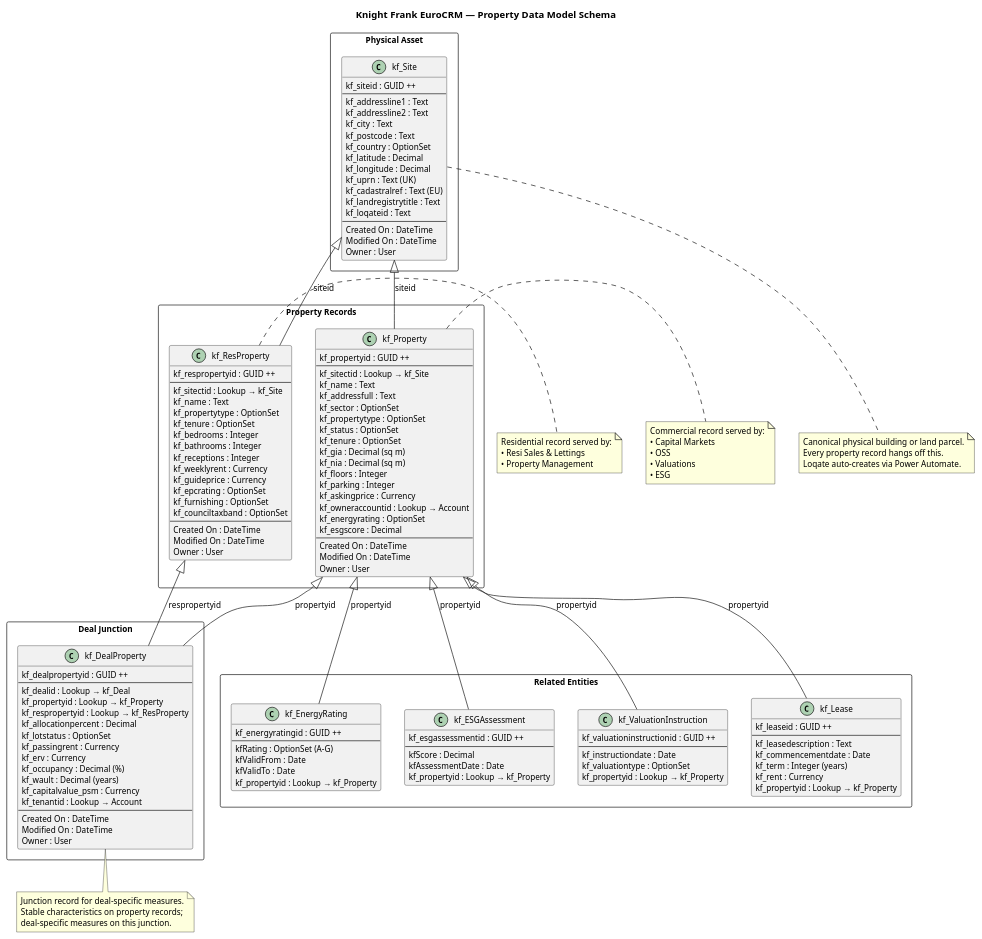
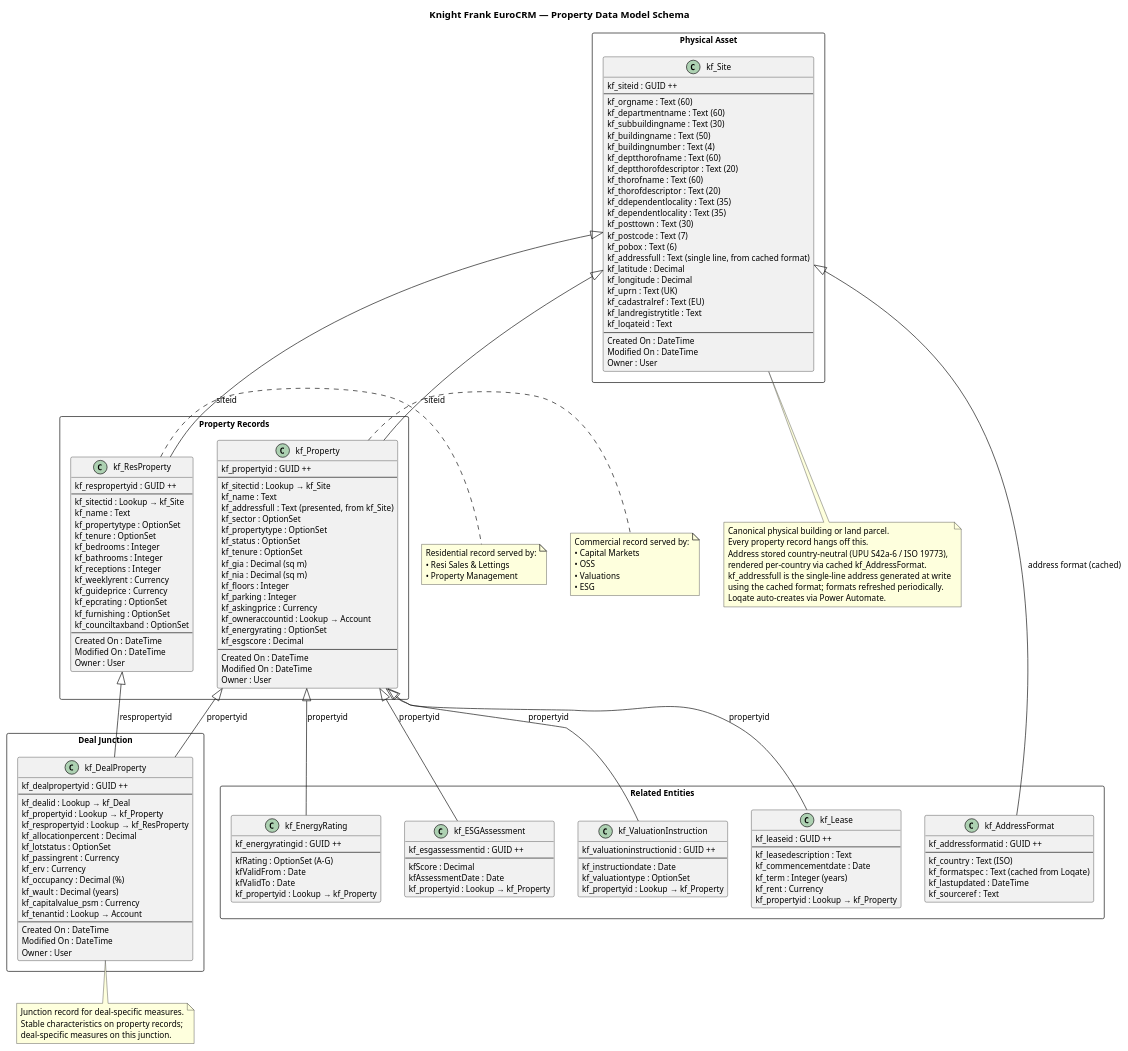
Before and after one commit to newportg/POC-EuroCRM: the diagram in POC-EuroCRM-Vault/wiki/property-data-model-schema.puml, drawn with PlantUML. The commit also changed 2 other files, not shown here.

Commit message:
wiki: country-neutral address schema with cached international format rendering

```diff
--- a/POC-EuroCRM-Vault/wiki/property-data-model-schema.puml
+++ b/POC-EuroCRM-Vault/wiki/property-data-model-schema.puml
@@ -12,11 +12,21 @@
   class "kf_Site" as SITE {
     kf_siteid : GUID ++
     --
-    kf_addressline1 : Text
-    kf_addressline2 : Text
-    kf_city : Text
-    kf_postcode : Text
-    kf_country : OptionSet
+    kf_orgname : Text (60)
+    kf_departmentname : Text (60)
+    kf_subbuildingname : Text (30)
+    kf_buildingname : Text (50)
+    kf_buildingnumber : Text (4)
+    kf_deptthorofname : Text (60)
+    kf_deptthorofdescriptor : Text (20)
+    kf_thorofname : Text (60)
+    kf_thorofdescriptor : Text (20)
+    kf_ddependentlocality : Text (35)
+    kf_dependentlocality : Text (35)
+    kf_posttown : Text (30)
+    kf_postcode : Text (7)
+    kf_pobox : Text (6)
+    kf_addressfull : Text (single line, from cached format)
     kf_latitude : Decimal
     kf_longitude : Decimal
     kf_uprn : Text (UK)
@@ -37,7 +47,7 @@
     --
     kf_sitectid : Lookup → kf_Site
     kf_name : Text
-    kf_addressfull : Text
+    kf_addressfull : Text (presented, from kf_Site)
     kf_sector : OptionSet
     kf_propertytype : OptionSet
     kf_status : OptionSet
@@ -137,6 +147,15 @@
     kf_rent : Currency
     kf_propertyid : Lookup → kf_Property
   }
+
+  class "kf_AddressFormat" as ADDRFMT {
+    kf_addressformatid : GUID ++
+    --
+    kf_country : Text (ISO)
+    kf_formatspec : Text (cached from Loqate)
+    kf_lastupdated : DateTime
+    kf_sourceref : Text
+  }
 }
 
 ' ===== Relationships =====
@@ -151,10 +170,16 @@
 PROP <|-- VAL : "propertyid"
 PROP <|-- LEASE : "propertyid"
 
+SITE <|-- ADDRFMT : "address format (cached)"
+
 ' ===== Notes =====
 note bottom of SITE
   Canonical physical building or land parcel.
   Every property record hangs off this.
+  Address stored country-neutral (UPU S42a-6 / ISO 19773),
+  rendered per-country via cached kf_AddressFormat.
+  kf_addressfull is the single-line address generated at write
+  using the cached format; formats refreshed periodically.
   Loqate auto-creates via Power Automate.
 end note
 
```
